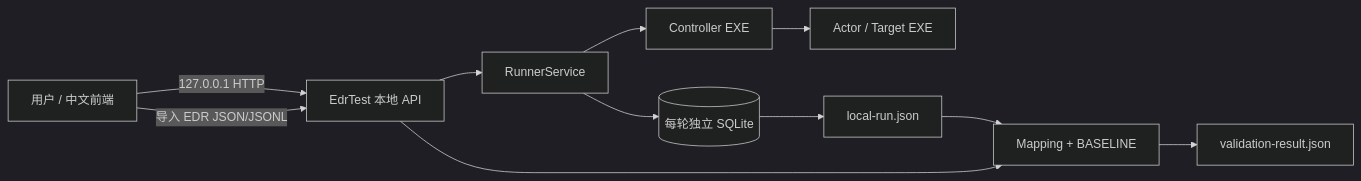
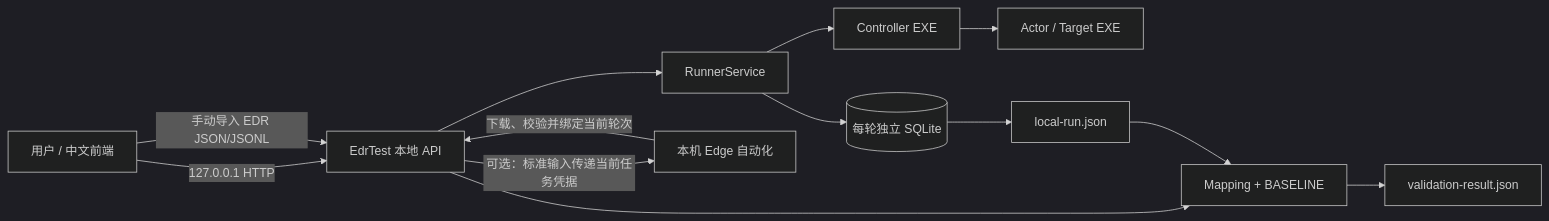
The diagram in docs/LOCAL-CONTROL-PLANE.md (ParleStargazer/Tencent-EDR-Test), drawn with Mermaid (dark theme) before and after one commit. The commit also changed other lines of this file and 18 other files, not shown here.

````diff
--- a/docs/LOCAL-CONTROL-PLANE.md
+++ b/docs/LOCAL-CONTROL-PLANE.md
@@ -7,13 +7,15 @@
 ```mermaid
 flowchart LR
     U["用户 / 中文前端"] -->|"127.0.0.1 HTTP"| A["EdrTest 本地 API"]
     A --> R["RunnerService"]
     R --> C["Controller EXE"]
     C --> B["Actor / Target EXE"]
     R --> D[("每轮独立 SQLite")]
     D --> E["local-run.json"]
-    U -->|"导入 EDR JSON/JSONL"| A
+    U -->|"手动导入 EDR JSON/JSONL"| A
+    A -->|"可选：标准输入传递当前任务凭据"| P["本机 Edge 自动化"]
+    P -->|"下载、校验并绑定当前轮次"| A
     A --> M["Mapping + BASELINE"]
     E --> M
     M --> V["validation-result.json"]
 ```
````
